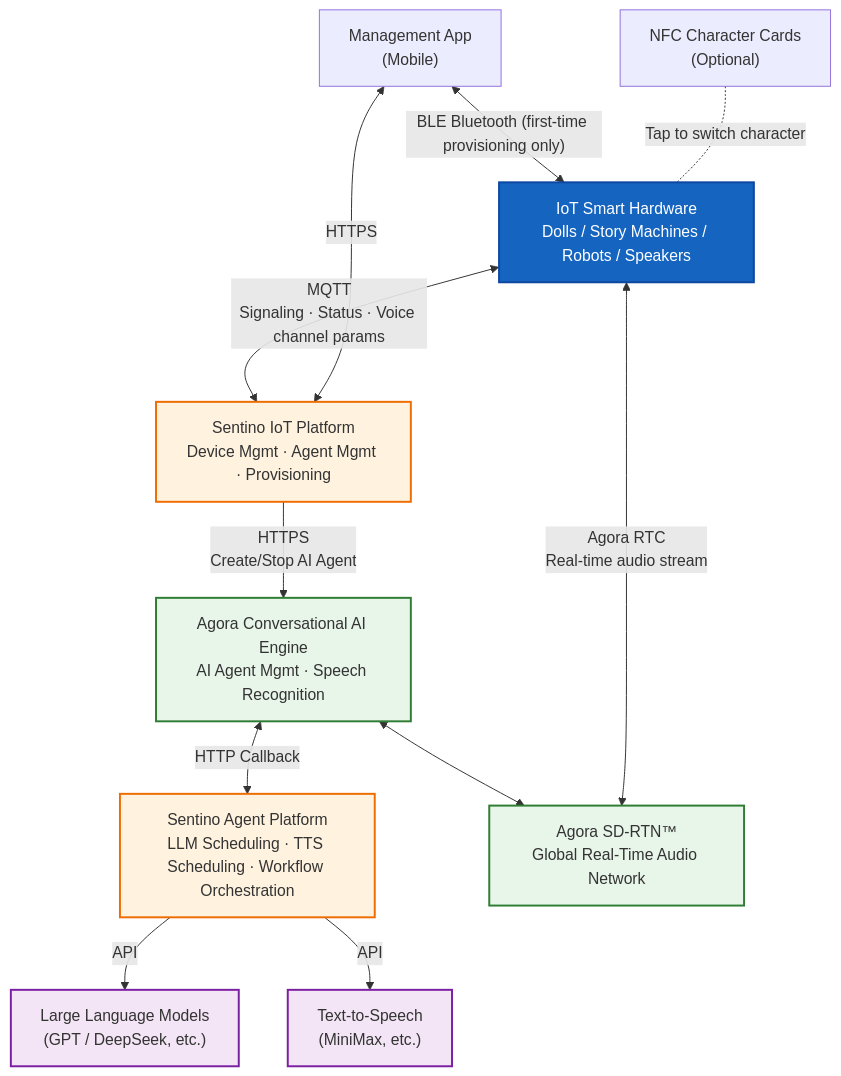
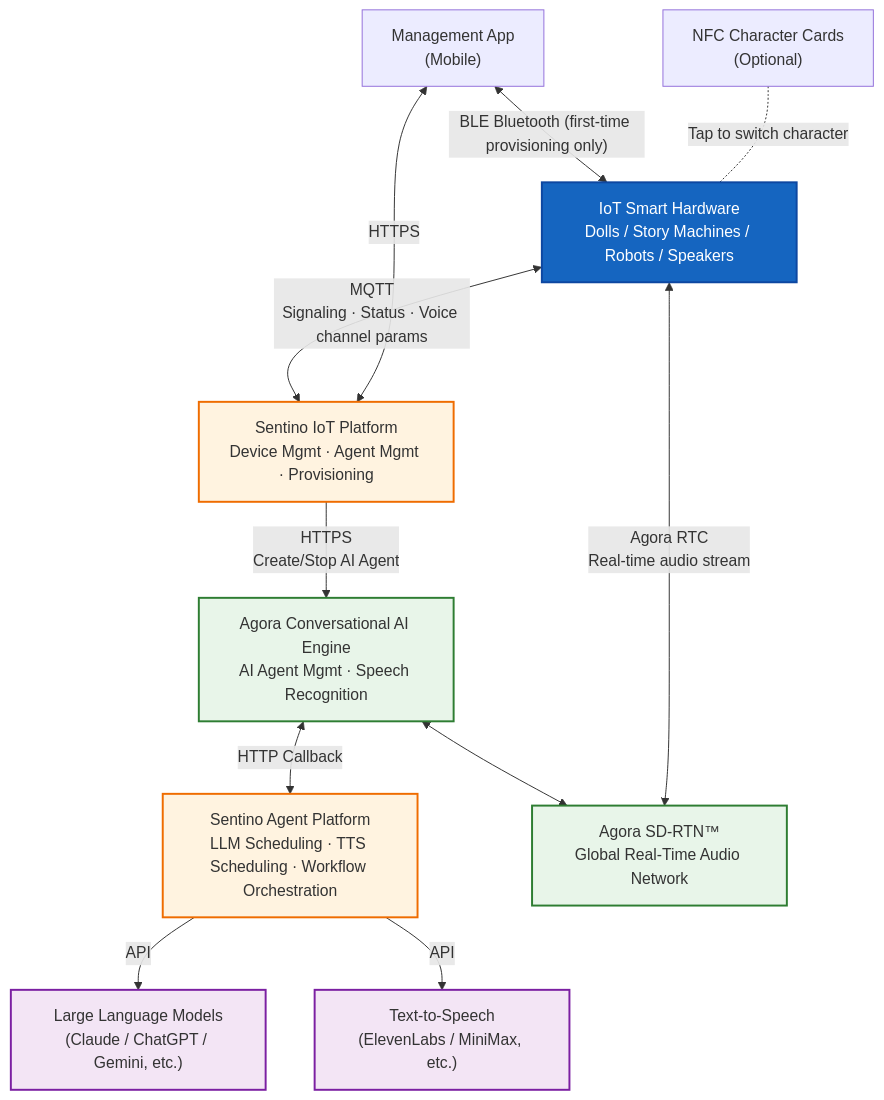
One commit to sentino-jp/iot-docs changed the second of 3 diagrams in architecture-overview-en.md. Above: the diagram before and after it, drawn with Mermaid. The commit also changed other lines of this file and 8 other files, not shown here.

First line of the commit message:
docs: add English translations for all architecture docs and update API examples

````diff
--- a/architecture-overview-en.md
+++ b/architecture-overview-en.md
@@ -77,31 +77,31 @@
 ```mermaid
 graph TB
     Device["IoT Smart Hardware<br/>Dolls / Story Machines / Robots / Speakers"]
     App["Management App<br/>(Mobile)"]
     NFC["NFC Character Cards<br/>(Optional)"]
     Cloud["Sentino IoT Platform<br/>Device Mgmt · Agent Mgmt · Provisioning"]
     SentinoAgent["Sentino Agent Platform<br/>LLM Scheduling · TTS Scheduling · Workflow Orchestration"]
     AgoraAI["Agora Conversational AI Engine<br/>AI Agent Mgmt · Speech Recognition"]
     AgoraRTC["Agora SD-RTN™<br/>Global Real-Time Audio Network"]
-    LLM["Large Language Models<br/>(GPT / DeepSeek, etc.)"]
-    TTS["Text-to-Speech<br/>(MiniMax, etc.)"]
+    LLM["Large Language Models<br/>(Claude / ChatGPT / Gemini, etc.)"]
+    TTS["Text-to-Speech<br/>(ElevenLabs / MiniMax, etc.)"]
 
     NFC -.-|"Tap to switch character"| Device
     App <-->|"BLE Bluetooth (first-time provisioning only)"| Device
     App <-->|"HTTPS"| Cloud
     Device <-->|"MQTT<br/>Signaling · Status · Voice channel params"| Cloud
     Device <-->|"Agora RTC<br/>Real-time audio stream"| AgoraRTC
     Cloud -->|"HTTPS<br/>Create/Stop AI Agent"| AgoraAI
     AgoraAI <--> AgoraRTC
     AgoraAI <-->|"HTTP Callback"| SentinoAgent
     SentinoAgent -->|"API"| LLM
     SentinoAgent -->|"API"| TTS
 
     style Device fill:#1565C0,stroke:#0D47A1,color:#fff,stroke-width:2px
     style Cloud fill:#FFF3E0,stroke:#EF6C00,stroke-width:2px
     style SentinoAgent fill:#FFF3E0,stroke:#EF6C00,stroke-width:2px
     style AgoraAI fill:#E8F5E9,stroke:#2E7D32,stroke-width:2px
     style AgoraRTC fill:#E8F5E9,stroke:#2E7D32,stroke-width:2px
     style LLM fill:#F3E5F5,stroke:#7B1FA2,stroke-width:2px
     style TTS fill:#F3E5F5,stroke:#7B1FA2,stroke-width:2px
 ```
````
